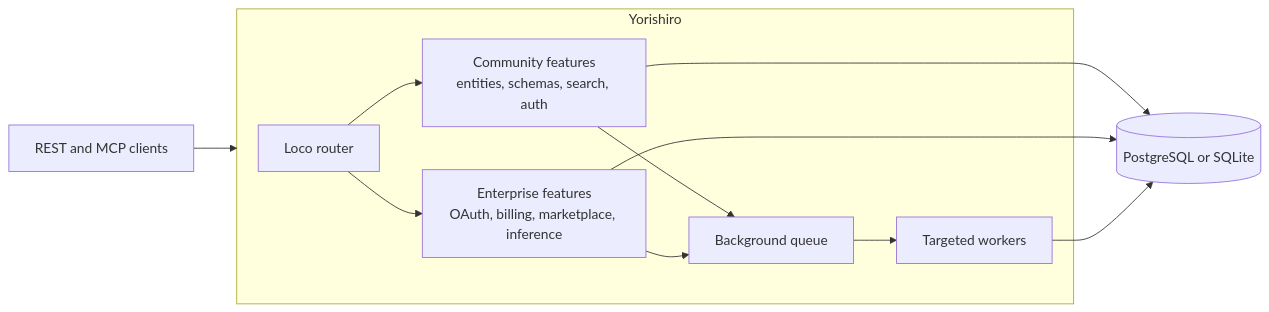
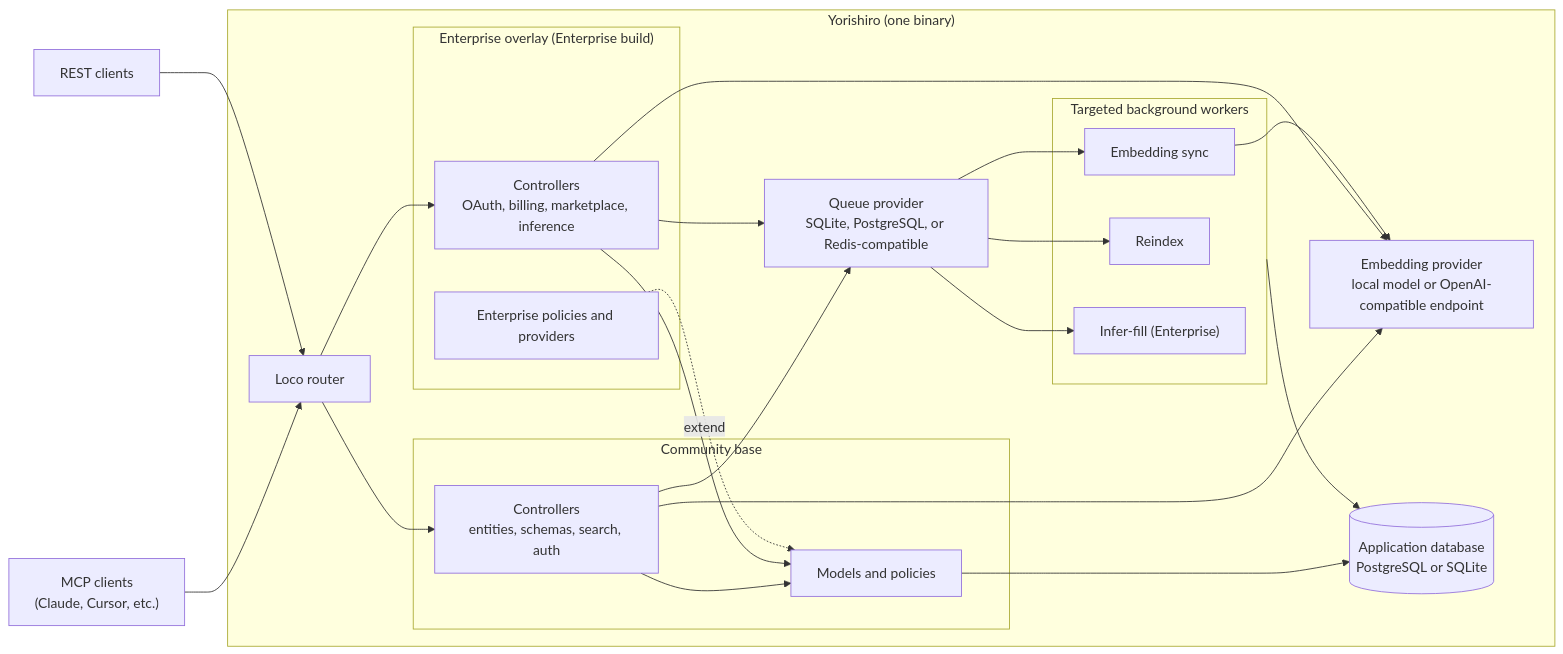
Before and after one commit to yorishiro-ai/yorishiro: the diagram in README.md, drawn with Mermaid. The commit also changed 1 other file, not shown here.

Commit message:
docs: restore detailed bilingual architecture diagrams

````diff
--- a/README.md
+++ b/README.md
@@ -33,16 +33,48 @@
 ```mermaid
 flowchart LR
-    Clients["REST and MCP clients"] --> Server
+    MCP["MCP clients<br/>(Claude, Cursor, etc.)"]
+    REST["REST clients"]
 
-    subgraph Server["Yorishiro"]
-        Router["Loco router"] --> CE["Community features<br/>entities, schemas, search, auth"]
-        Router --> EE["Enterprise features<br/>OAuth, billing, marketplace, inference"]
-        CE --> Queue["Background queue"]
-        EE --> Queue
-        Queue --> Workers["Targeted workers"]
+    subgraph Server["Yorishiro (one binary)"]
+        Router["Loco router"]
+
+        subgraph CE["Community base"]
+            CEControllers["Controllers<br/>entities, schemas, search, auth"]
+            Models["Models and policies"]
+        end
+
+        subgraph EE["Enterprise overlay (Enterprise build)"]
+            EEControllers["Controllers<br/>OAuth, billing, marketplace, inference"]
+            EEPolicies["Enterprise policies and providers"]
+        end
+
+        Embed["Embedding provider<br/>local model or OpenAI-compatible endpoint"]
+        Queue["Queue provider<br/>SQLite, PostgreSQL, or Redis-compatible"]
+
+        subgraph Workers["Targeted background workers"]
+            WEmbed["Embedding sync"]
+            WReindex["Reindex"]
+            WInfer["Infer-fill (Enterprise)"]
+        end
+
+        DB[("Application database<br/>PostgreSQL or SQLite")]
     end
 
-    CE --> DB[("PostgreSQL or SQLite")]
-    EE --> DB
+    MCP --> Router
+    REST --> Router
+    Router --> CEControllers
+    Router --> EEControllers
+    CEControllers --> Models
+    EEControllers --> Models
+    EEPolicies -.extend.-> Models
+    Models --> DB
+    CEControllers --> Embed
+    EEControllers --> Embed
+    CEControllers --> Queue
+    EEControllers --> Queue
+    Queue --> WEmbed
+    Queue --> WReindex
+    Queue --> WInfer
+    WEmbed --> Embed
     Workers --> DB
 ```
````
